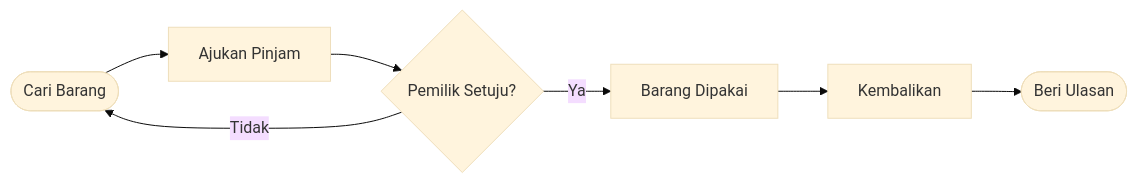
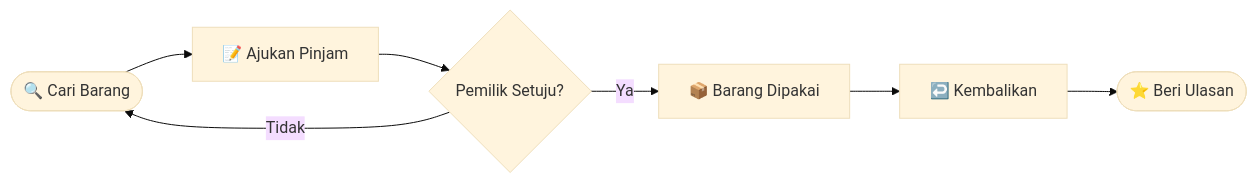
One commit to RPLUNIT052026/KELOMPOK-6---PinjamKuy changed the diagram in README.md. Above: the diagram before and after it, drawn with Mermaid (base theme). The commit also changed other lines of this file, not shown here.

````diff
--- a/README.md
+++ b/README.md
@@ -41,9 +51,9 @@
 ```mermaid
 flowchart LR
-    A([Cari Barang]) --> B[Ajukan Pinjam]
+    A([🔍 Cari Barang]) --> B[📝 Ajukan Pinjam]
     B --> C{Pemilik Setuju?}
-    C -- Ya --> D[Barang Dipakai]
+    C -- Ya --> D[📦 Barang Dipakai]
     C -- Tidak --> A
-    D --> E[Kembalikan]
-    E --> F([Beri Ulasan])
+    D --> E[↩️ Kembalikan]
+    E --> F([⭐ Beri Ulasan])
 ```
````
